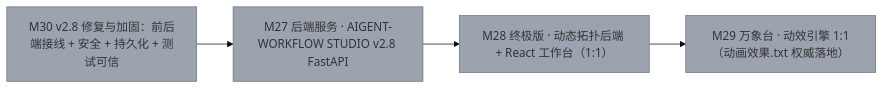
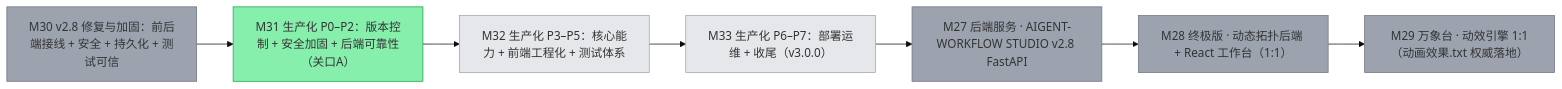
Before and after one commit to happy520ai/aigent-workflow-studio: the diagram in PROJECT.md, drawn with Mermaid (base theme). The commit also changed other lines of this file and 6 other files, not shown here.

````diff
--- a/PROJECT.md
+++ b/PROJECT.md
@@ -9,14 +9,20 @@
 ```mermaid
 flowchart LR
   M30["M30 v2.8 修复与加固：前后端接线 + 安全 + 持久化 + 测试可信"]:::done
+  M31["M31 生产化 P0–P2：版本控制 + 安全加固 + 后端可靠性（关口A）"]:::active
+  M32["M32 生产化 P3–P5：核心能力 + 前端工程化 + 测试体系"]:::planned
+  M33["M33 生产化 P6–P7：部署运维 + 收尾（v3.0.0）"]:::planned
   M27["M27 后端服务 · AIGENT-WORKFLOW STUDIO v2.8 FastAPI"]:::done
   M28["M28 终极版 · 动态拓扑后端 + React 工作台（1:1）"]:::done
   M29["M29 万象台 · 动效引擎 1:1（动画效果.txt 权威落地）"]:::done
-  M30 --> M27
+  M30 --> M31
+  M31 --> M32
+  M32 --> M33
+  M33 --> M27
   M27 --> M28
   M28 --> M29
   classDef done fill:#9ca3af,stroke:#6b7280
   classDef active fill:#86efac,stroke:#16a34a
   classDef planned fill:#e5e7eb,stroke:#9ca3af
   classDef paused fill:#fde68a,stroke:#d97706
 ```
````
